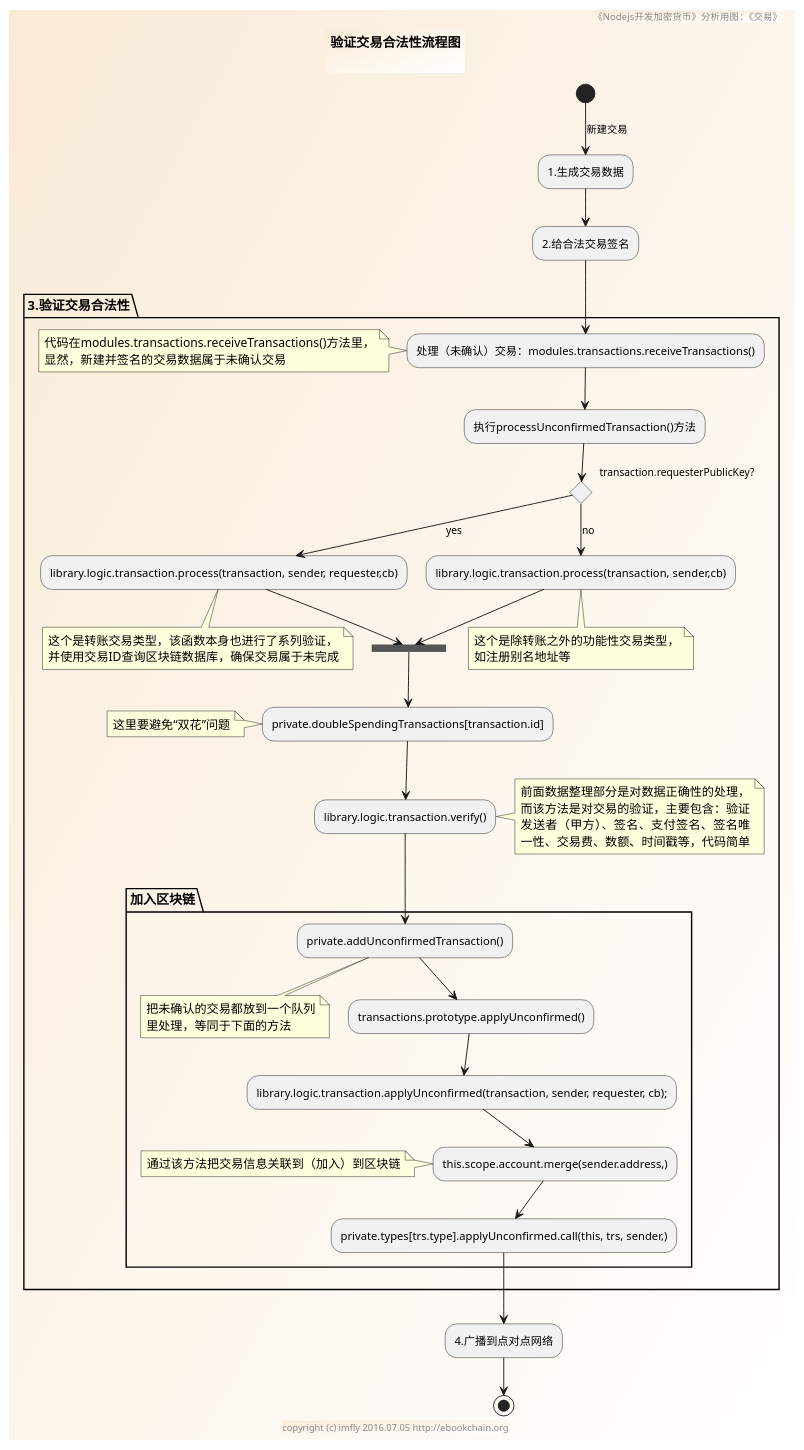
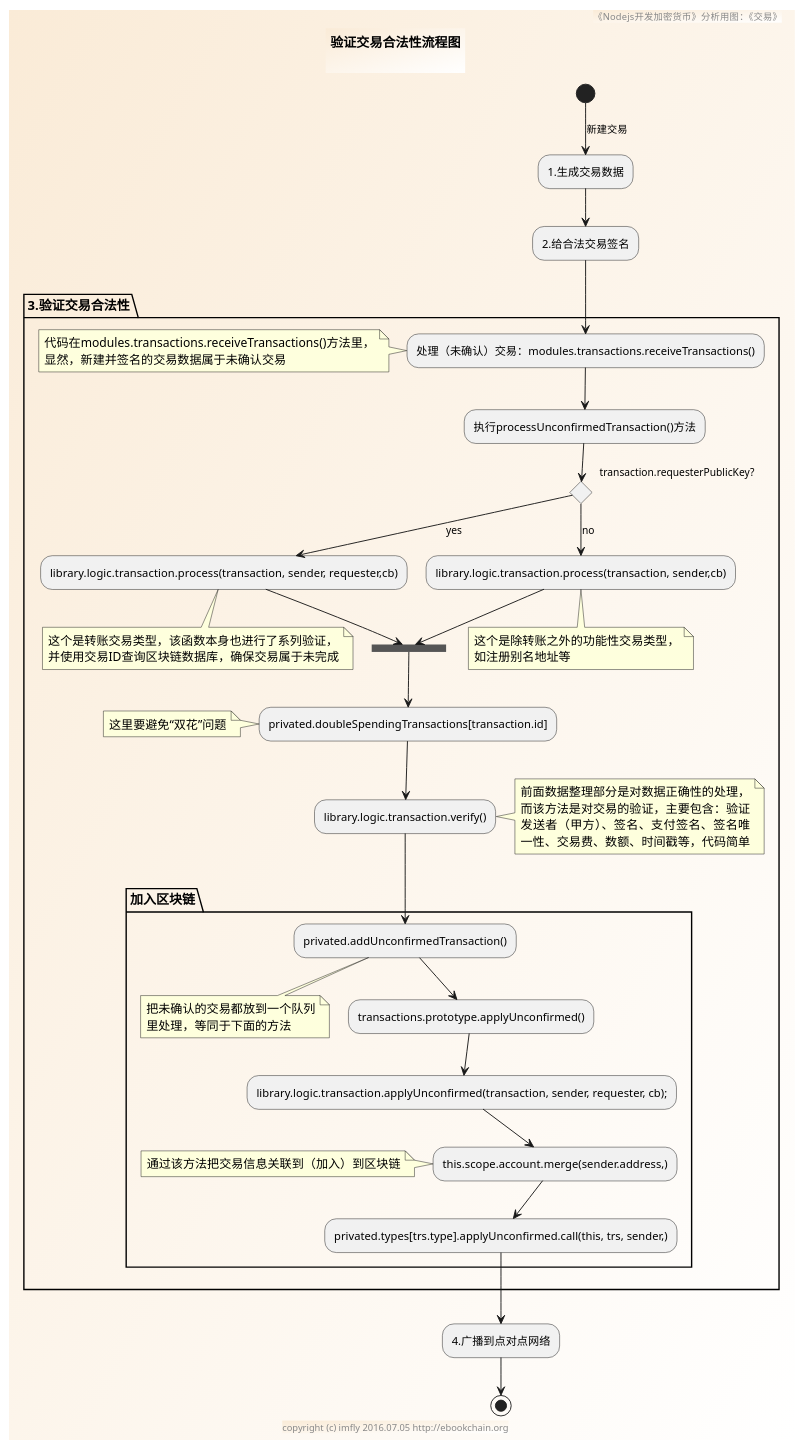
The diagram in sources/modules/transactions/verifyTransaction.pu (brightmanforever022/bitcoin-on-nodejs), drawn with PlantUML before and after one commit. The commit also changed 15 other files, not shown here.

```diff
--- a/sources/modules/transactions/verifyTransaction.pu
+++ b/sources/modules/transactions/verifyTransaction.pu
@@ -1,76 +1,76 @@
 @startuml ../../../styles/images/modules/transactions/verifyTransaction-activity.png
 skinparam BorderColor #blue\9932CC
 skinparam backgroundcolor AntiqueWhite/white
 
 title
 验证交易合法性流程图
 
 end title
 
 footer copyright (c) imfly 2016.07.05 http://ebookchain.org
 header 《Nodejs开发加密货币》分析用图：《交易》
 
 ' shared.addTransactions()代码逻辑
 
 (*)--> [新建交易] "1.生成交易数据"
 --> "2.给合法交易签名"
 
 ' modules.transactions.receiveTransactions()逻辑
 partition "3.验证交易合法性" {
   --> "处理（未确认）交易：modules.transactions.receiveTransactions()" as receiveTransactions
   note left
   代码在modules.transactions.receiveTransactions()方法里，
   显然，新建并签名的交易数据属于未确认交易
   end note
 
   --> "执行processUnconfirmedTransaction()方法"
   if transaction.requesterPublicKey? then
     --> [yes] library.logic.transaction.process(transaction, sender, requester,cb)
     note bottom
     这个是转账交易类型，该函数本身也进行了系列验证，
     并使用交易ID查询区块链数据库，确保交易属于未完成
     end note
 
     --> ==verify==
   else
     --> [no] library.logic.transaction.process(transaction, sender,cb)
     note bottom
     这个是除转账之外的功能性交易类型，
     如注册别名地址等
     end note
 
     --> ==verify==
   endif
 
-  --> private.doubleSpendingTransactions[transaction.id]
+  --> privated.doubleSpendingTransactions[transaction.id]
   note left
   这里要避免“双花”问题
   end note
 
   --> library.logic.transaction.verify()
   note right
   前面数据整理部分是对数据正确性的处理，
   而该方法是对交易的验证，主要包含：验证
   发送者（甲方）、签名、支付签名、签名唯
   一性、交易费、数额、时间戳等，代码简单
   end note
 
   partition "加入区块链" {
-    --> private.addUnconfirmedTransaction()
+    --> privated.addUnconfirmedTransaction()
     note bottom
     把未确认的交易都放到一个队列
     里处理，等同于下面的方法
     end note
 
     --> transactions.prototype.applyUnconfirmed()
     --> library.logic.transaction.applyUnconfirmed(transaction, sender, requester, cb);
     --> this.scope.account.merge(sender.address,)
     note left: 通过该方法把交易信息关联到（加入）到区块链
-    --> private.types[trs.type].applyUnconfirmed.call(this, trs, sender,)
+    --> privated.types[trs.type].applyUnconfirmed.call(this, trs, sender,)
   }
 }
 
 --> "4.广播到点对点网络"
 
 --> (*)
 @enduml
```
